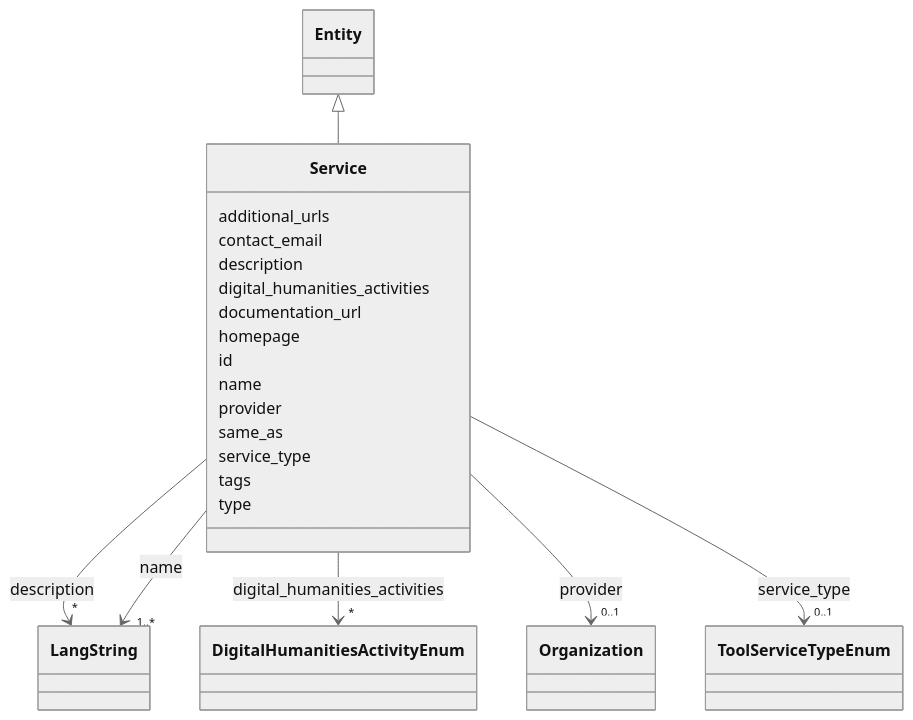
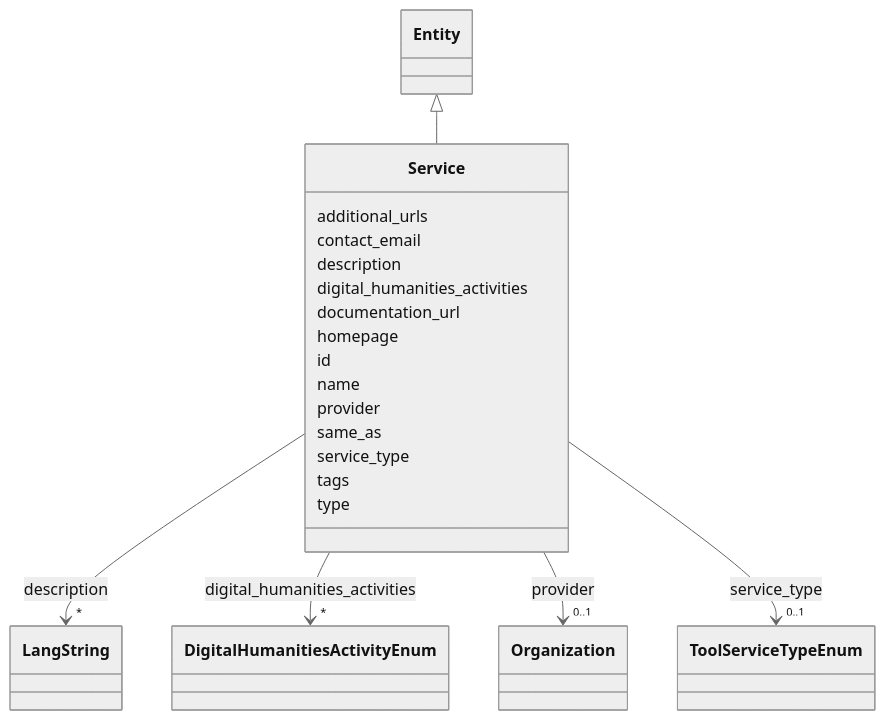
Before and after one commit to DARIAH-IL/idhi-manifests: the diagram in docs/classes/Service.md, drawn with Mermaid (neutral theme). The commit also changed other lines of this file and 52 other files, not shown here.

```diff
--- a/docs/classes/Service.md
+++ b/docs/classes/Service.md
@@ -66,17 +66,6 @@
         
       Service : name
         
-          
-    
-        
-        
-        Service --> "1..*" LangString : name
-        
-        click LangString href "../../classes/LangString/"
-        
-    
-
-        
       Service : provider
         
           
```
